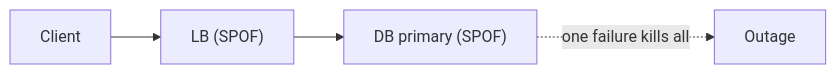
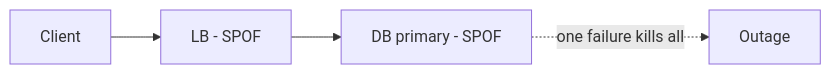
The first of 3 diagrams in docs/01-foundations/03-redundancy-fault-tolerance.md (RIT-MESH/system-design-mastery), drawn with Mermaid before and after one commit. The commit also changed 139 other files, not shown here.

First line of the commit message:
Fix Mermaid parse errors: replace parentheses in node labels across 140 files

````diff
--- a/docs/01-foundations/03-redundancy-fault-tolerance.md
+++ b/docs/01-foundations/03-redundancy-fault-tolerance.md
@@ -22,7 +22,7 @@
 ```mermaid
 %% created-for: system-design-mastery
 flowchart LR
-  Client --> LB["LB (SPOF)"]
-  LB --> DB["DB primary (SPOF)"]
+  Client --> LB["LB - SPOF"]
+  LB --> DB["DB primary - SPOF"]
   DB -.one failure kills all.-> Down["Outage"]
 ```
````
